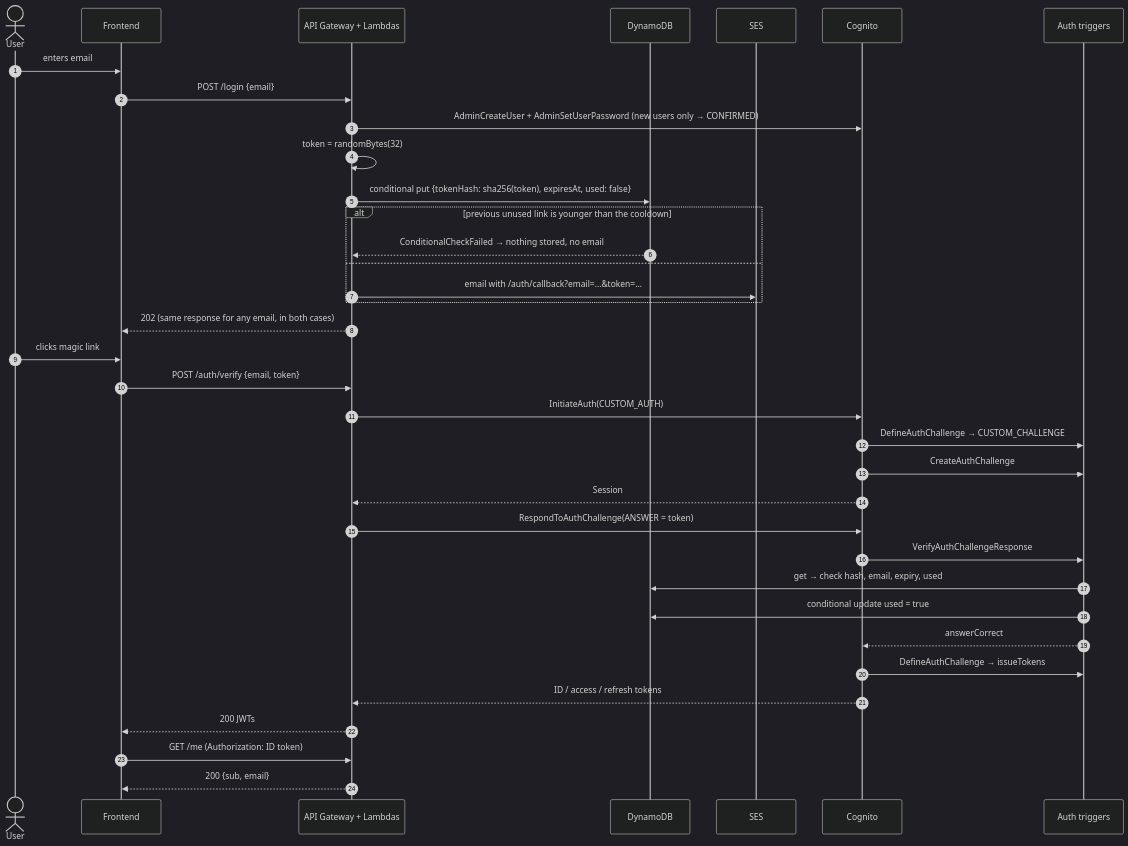
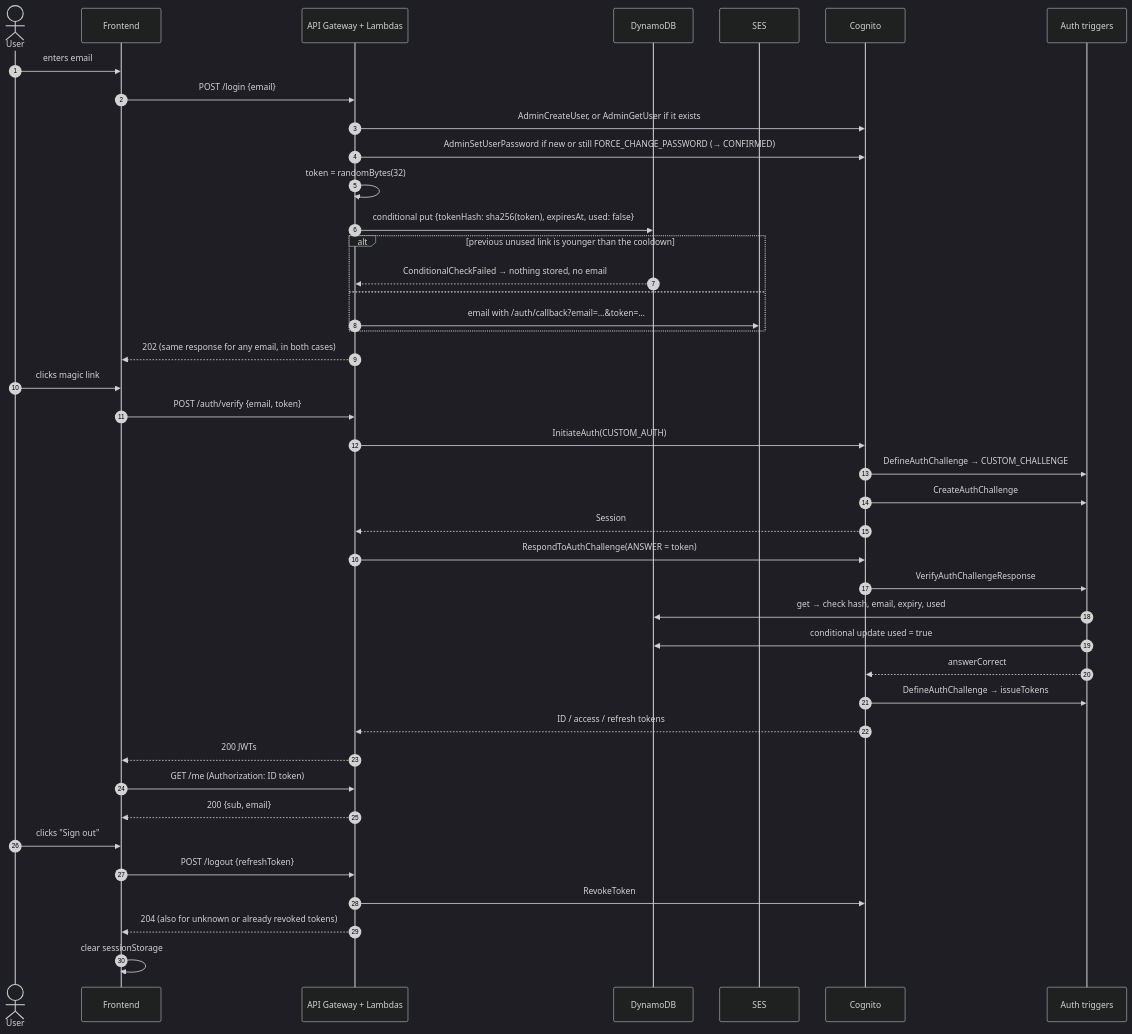
Before and after one commit to luizcurti/magic-links-with-amazon-cognito: the diagram in docs/mmd/magic-link-sequence.mmd, drawn with Mermaid (dark theme). The commit also changed 32 other files, not shown here.

```diff
--- a/docs/mmd/magic-link-sequence.mmd
+++ b/docs/mmd/magic-link-sequence.mmd
@@ -1,38 +1,45 @@
 sequenceDiagram
     autonumber
     actor U as User
     participant FE as Frontend
     participant API as API Gateway + Lambdas
     participant DB as DynamoDB
     participant SES as SES
     participant C as Cognito
     participant T as Auth triggers
 
     U->>FE: enters email
     FE->>API: POST /login {email}
-    API->>C: AdminCreateUser + AdminSetUserPassword (new users only → CONFIRMED)
+    API->>C: AdminCreateUser, or AdminGetUser if it exists
+    API->>C: AdminSetUserPassword if new or still FORCE_CHANGE_PASSWORD (→ CONFIRMED)
     API->>API: token = randomBytes(32)
     API->>DB: conditional put {tokenHash: sha256(token), expiresAt, used: false}
     alt previous unused link is younger than the cooldown
         DB-->>API: ConditionalCheckFailed → nothing stored, no email
     else
         API->>SES: email with /auth/callback?email=…&token=…
     end
     API-->>FE: 202 (same response for any email, in both cases)
 
     U->>FE: clicks magic link
     FE->>API: POST /auth/verify {email, token}
     API->>C: InitiateAuth(CUSTOM_AUTH)
     C->>T: DefineAuthChallenge → CUSTOM_CHALLENGE
     C->>T: CreateAuthChallenge
     C-->>API: Session
     API->>C: RespondToAuthChallenge(ANSWER = token)
     C->>T: VerifyAuthChallengeResponse
     T->>DB: get → check hash, email, expiry, used
     T->>DB: conditional update used = true
     T-->>C: answerCorrect
     C->>T: DefineAuthChallenge → issueTokens
     C-->>API: ID / access / refresh tokens
     API-->>FE: 200 JWTs
     FE->>API: GET /me (Authorization: ID token)
     API-->>FE: 200 {sub, email}
+
+    U->>FE: clicks "Sign out"
+    FE->>API: POST /logout {refreshToken}
+    API->>C: RevokeToken
+    API-->>FE: 204 (also for unknown or already revoked tokens)
+    FE->>FE: clear sessionStorage
```
